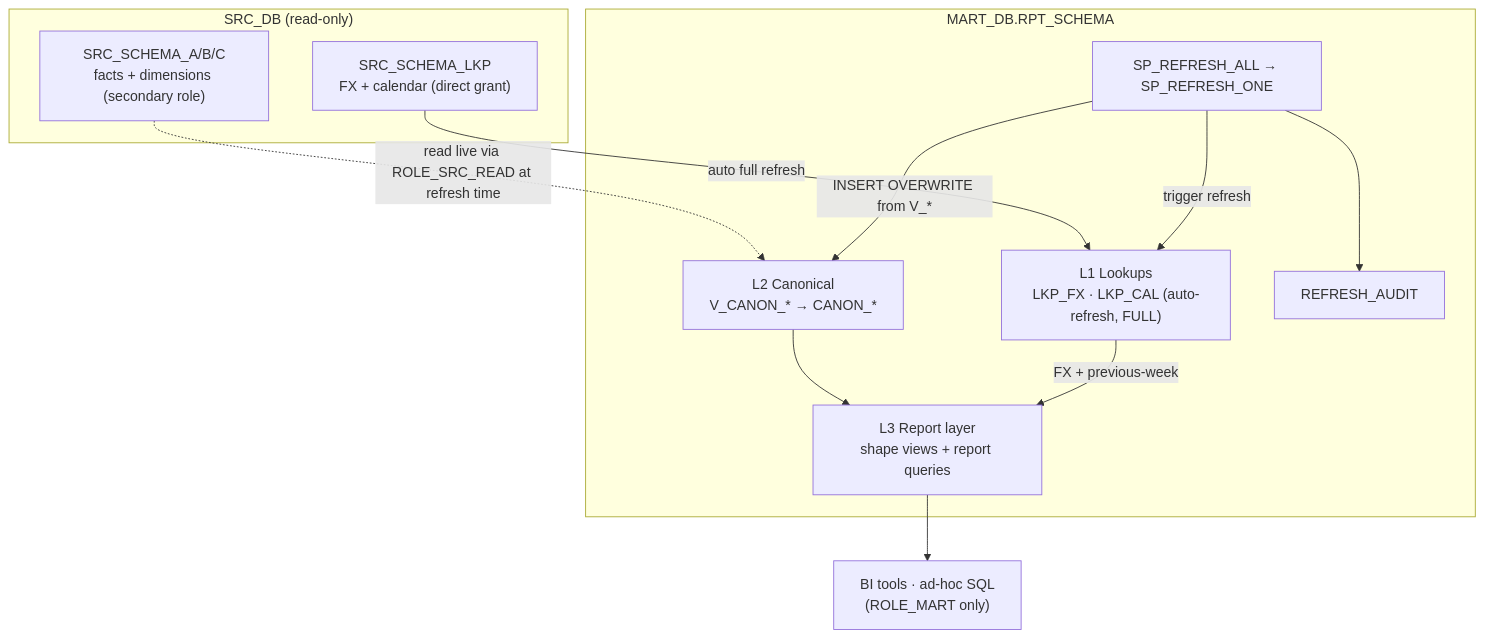
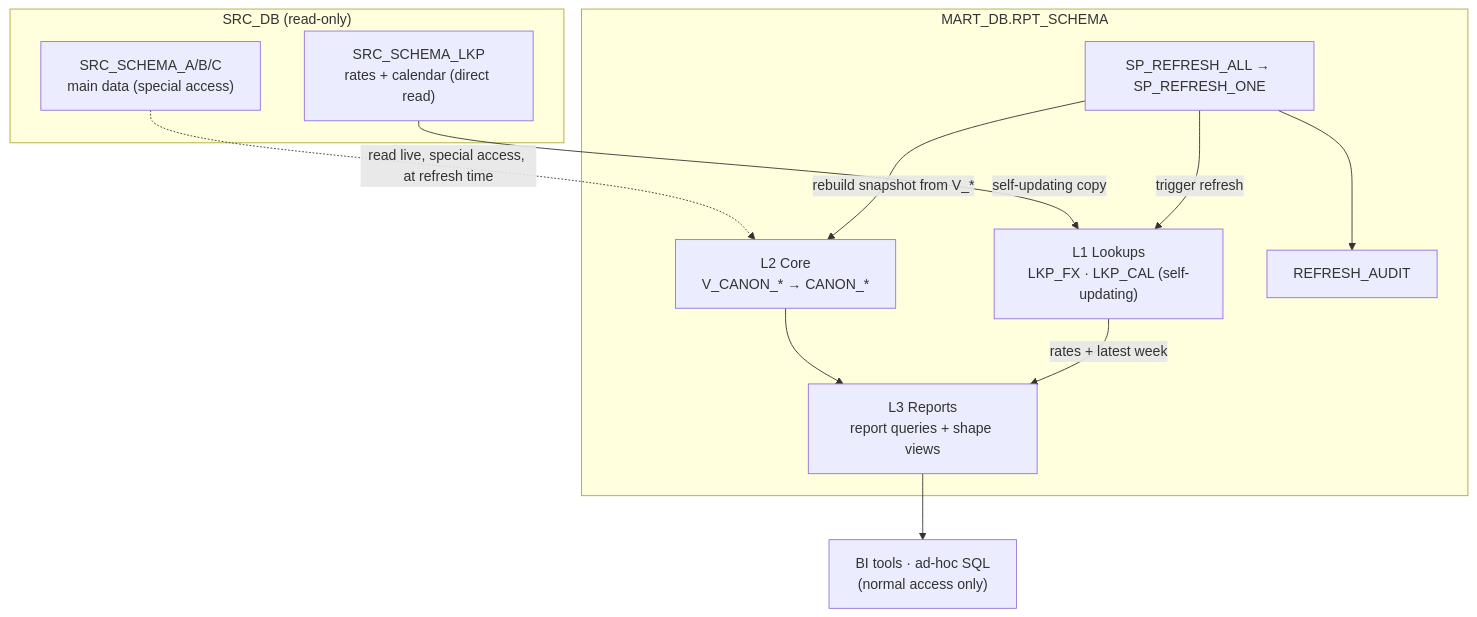
One commit to hsg09/governed-reporting-data-mart-snowflake changed the second of 5 diagrams in README.md. Above: the diagram before and after it, drawn with Mermaid. The commit also changed other lines of this file, not shown here.

````diff
--- a/README.md
+++ b/README.md
@@ -143,26 +145,26 @@
 ```mermaid
 graph TB
     subgraph SRC["SRC_DB (read-only)"]
-        FIN["SRC_SCHEMA_LKP<br/>FX + calendar (direct grant)"]
-        FACTS["SRC_SCHEMA_A/B/C<br/>facts + dimensions (secondary role)"]
+        FIN["SRC_SCHEMA_LKP<br/>rates + calendar (direct read)"]
+        FACTS["SRC_SCHEMA_A/B/C<br/>main data (special access)"]
     end
 
     subgraph RPT["MART_DB.RPT_SCHEMA"]
-        L1["L1 Lookups<br/>LKP_FX · LKP_CAL (auto-refresh, FULL)"]
-        L2["L2 Canonical<br/>V_CANON_* → CANON_*"]
-        L3["L3 Report layer<br/>shape views + report queries"]
+        L1["L1 Lookups<br/>LKP_FX · LKP_CAL (self-updating)"]
+        L2["L2 Core<br/>V_CANON_* → CANON_*"]
+        L3["L3 Reports<br/>report queries + shape views"]
         SP["SP_REFRESH_ALL → SP_REFRESH_ONE"]
         LOG["REFRESH_AUDIT"]
     end
 
-    APP["BI tools · ad-hoc SQL<br/>(ROLE_MART only)"]
+    APP["BI tools · ad-hoc SQL<br/>(normal access only)"]
 
-    FIN  -->|auto full refresh| L1
-    FACTS -.->|read live via ROLE_SRC_READ at refresh time| L2
-    SP   -->|INSERT OVERWRITE from V_*| L2
+    FIN  -->|self-updating copy| L1
+    FACTS -.->|read live, special access, at refresh time| L2
+    SP   -->|rebuild snapshot from V_*| L2
     SP   -->|trigger refresh| L1
     SP   --> LOG
     L2 --> L3
-    L1 -->|FX + previous-week| L3
+    L1 -->|rates + latest week| L3
     L3 --> APP
 ```
````
